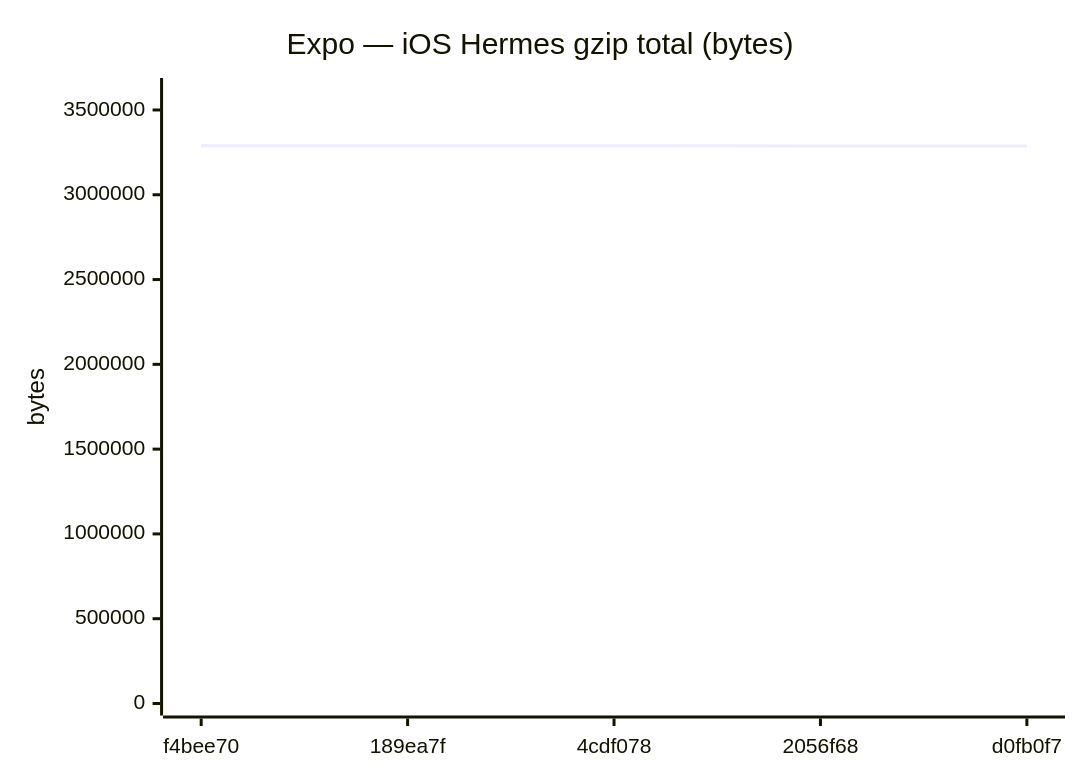
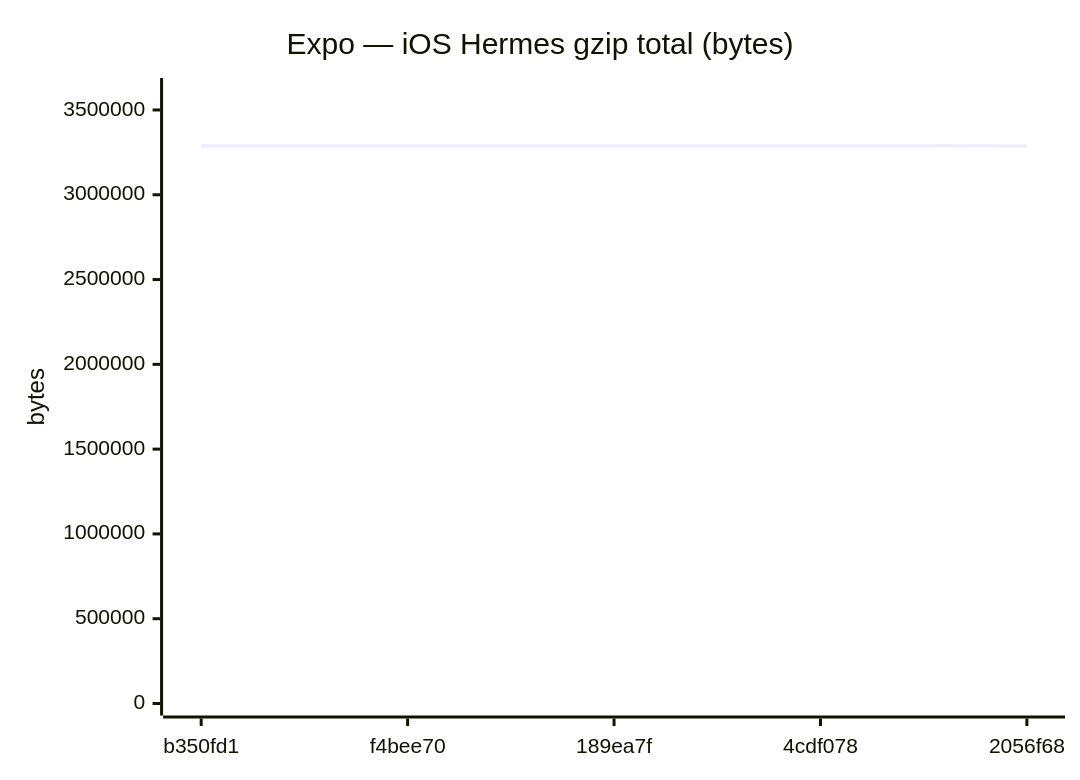
One commit to Metaheurist/Rianell changed diagram 12 of 18 in benchmarks/compare.md. Above: the diagram before and after it, drawn with Mermaid. The commit also changed other lines of this file and 11 other files, not shown here.

````diff
--- a/benchmarks/compare.md
+++ b/benchmarks/compare.md
@@ -179,7 +179,7 @@
 ```mermaid
 xychart-beta
     title "Expo — iOS Hermes gzip total (bytes)"
-    x-axis ["f4bee70", "189ea7f", "4cdf078", "2056f68", "d0fb0f7"]
+    x-axis ["b350fd1", "f4bee70", "189ea7f", "4cdf078", "2056f68"]
     y-axis "bytes" 0 --> 3617765
-    line [3288399, 3288861, 3288877, 3288270, 3288272]
+    line [3288856, 3288399, 3288861, 3288877, 3288270]
 ```
````
